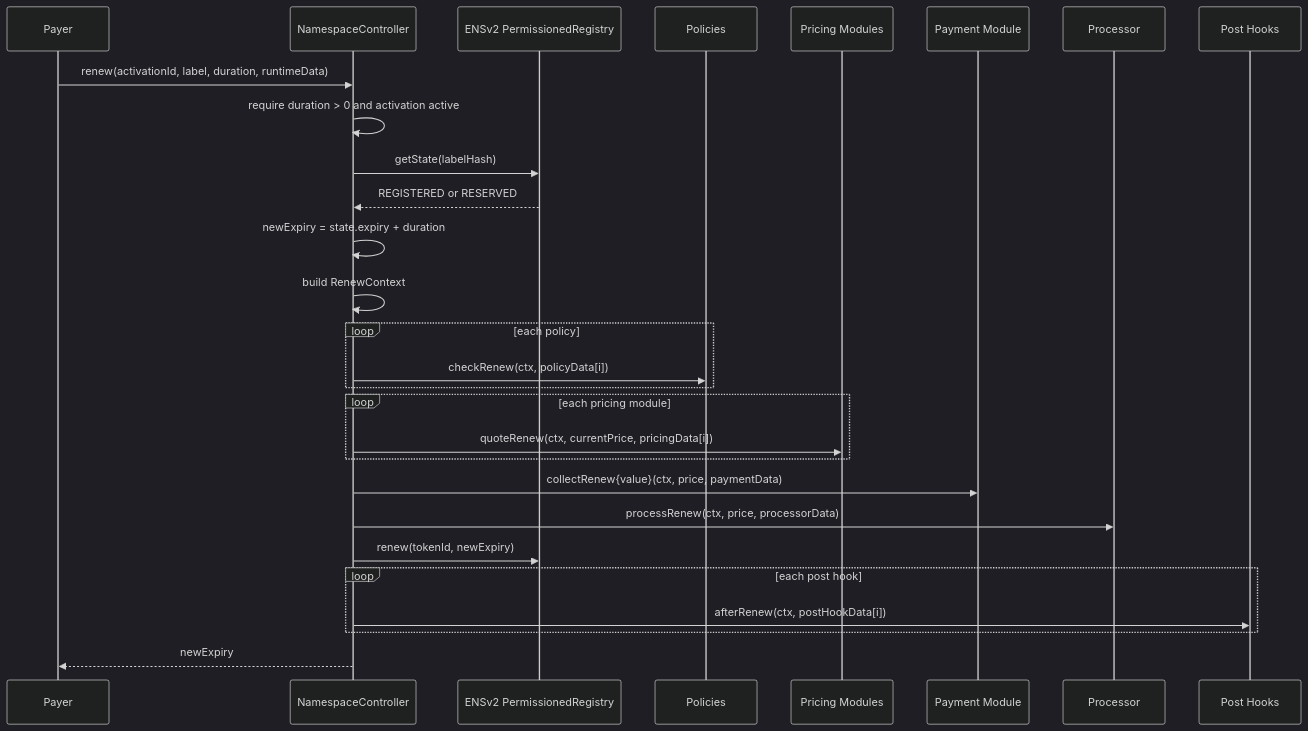
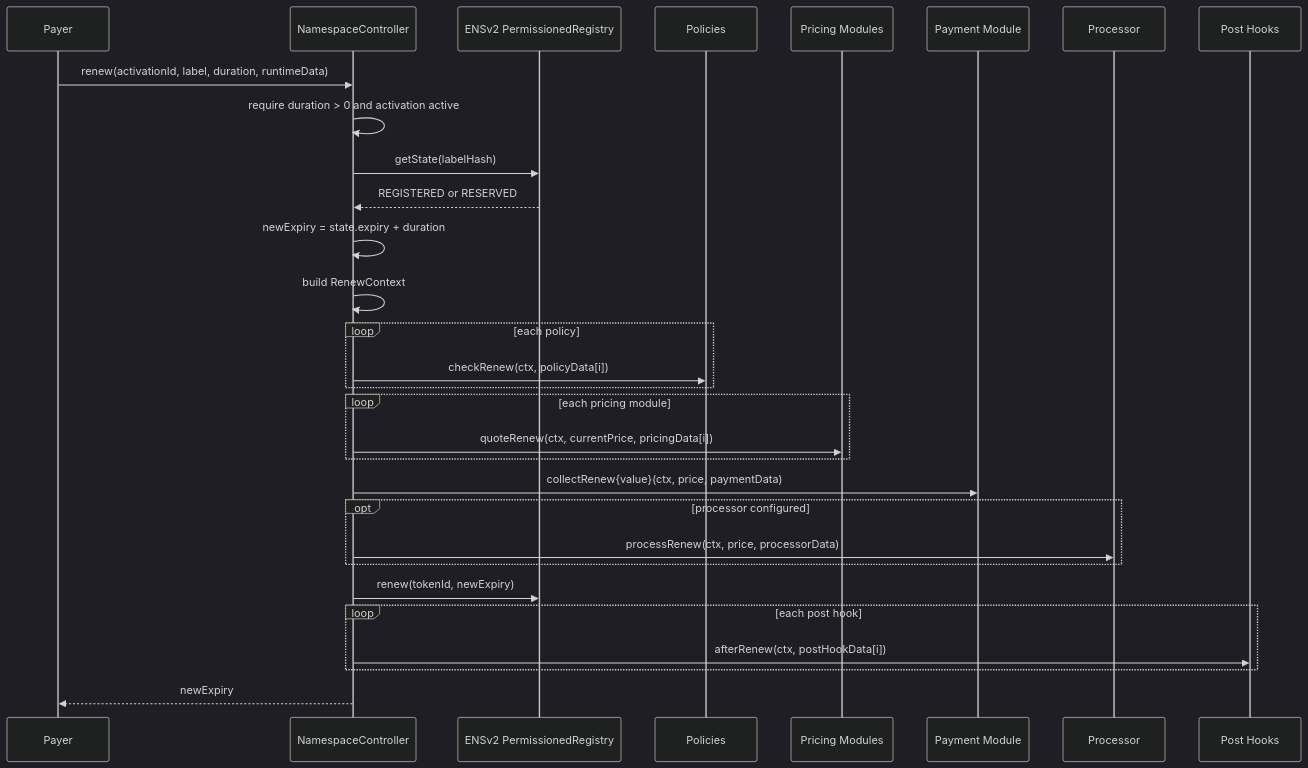
One commit to envoy1084/namespace-contracts-v2 changed the second of 2 diagrams in docs/03-mint-and-renewal-flow.md. Above: the diagram before and after it, drawn with Mermaid (dark theme). The commit also changed other lines of this file and 29 other files, not shown here.

````diff
--- a/docs/03-mint-and-renewal-flow.md
+++ b/docs/03-mint-and-renewal-flow.md
@@ -85,31 +85,33 @@
 ```mermaid
 sequenceDiagram
     participant Payer
     participant Controller as NamespaceController
     participant Registry as ENSv2 PermissionedRegistry
     participant Policy as Policies
     participant Pricing as Pricing Modules
     participant Payment as Payment Module
     participant Processor as Processor
     participant Hook as Post Hooks
 
     Payer->>Controller: renew(activationId, label, duration, runtimeData)
     Controller->>Controller: require duration > 0 and activation active
     Controller->>Registry: getState(labelHash)
     Registry-->>Controller: REGISTERED or RESERVED
     Controller->>Controller: newExpiry = state.expiry + duration
     Controller->>Controller: build RenewContext
     loop each policy
         Controller->>Policy: checkRenew(ctx, policyData[i])
     end
     loop each pricing module
         Controller->>Pricing: quoteRenew(ctx, currentPrice, pricingData[i])
     end
     Controller->>Payment: collectRenew{value}(ctx, price, paymentData)
-    Controller->>Processor: processRenew(ctx, price, processorData)
+    opt processor configured
+        Controller->>Processor: processRenew(ctx, price, processorData)
+    end
     Controller->>Registry: renew(tokenId, newExpiry)
     loop each post hook
         Controller->>Hook: afterRenew(ctx, postHookData[i])
     end
     Controller-->>Payer: newExpiry
 ```
````
